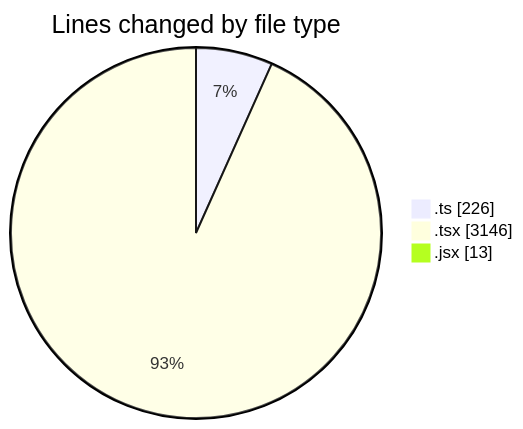
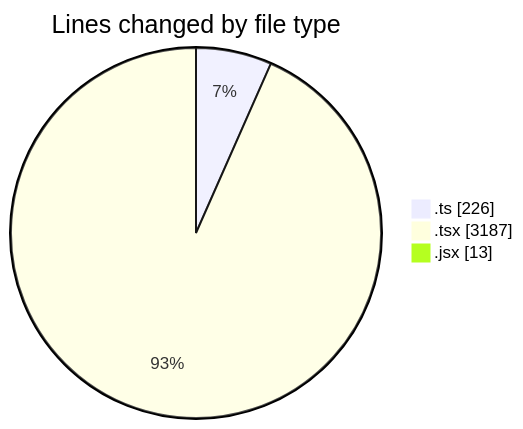
The first of 2 diagrams in 2025-12-02/cda/README.md (momahboobian/code-tracking), drawn with Mermaid before and after one commit. The commit also changed other lines of this file and 1 other file, not shown here.

````diff
--- a/2025-12-02/cda/README.md
+++ b/2025-12-02/cda/README.md
@@ -30,7 +30,7 @@
 ```mermaid
 pie showData
 title Lines changed by file type
 ".ts" : 226
-".tsx" : 3146
+".tsx" : 3187
 ".jsx" : 13
 ```
````
